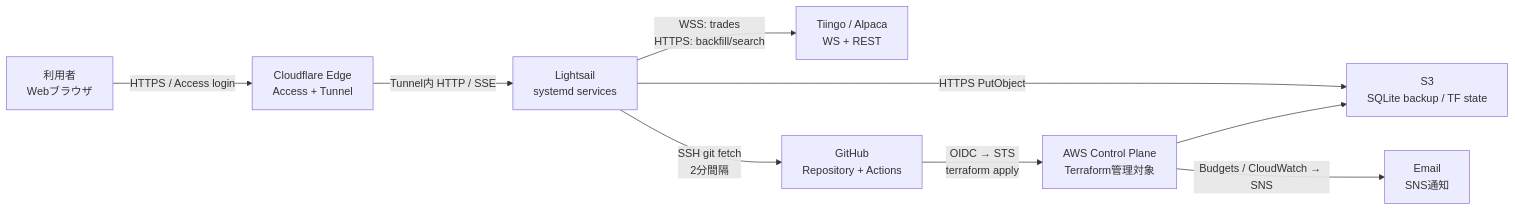
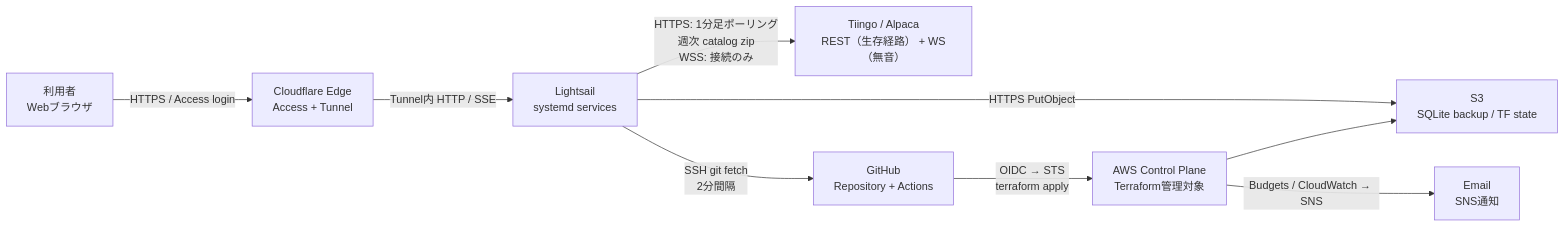
Before and after one commit to makechair/spelling-inconsistencies: the third of 13 diagrams in docs/system-architecture.md, drawn with Mermaid. The commit also changed other lines of this file and 1 other file, not shown here.

````diff
--- a/docs/system-architecture.md
+++ b/docs/system-architecture.md
@@ -73,20 +202,20 @@
 ```mermaid
 flowchart LR
     U["利用者<br/>Webブラウザ"]
     CF["Cloudflare Edge<br/>Access + Tunnel"]
     APP["Lightsail<br/>systemd services"]
-    DATA["Tiingo / Alpaca<br/>WS + REST"]
+    DATA["Tiingo / Alpaca<br/>REST（生存経路） + WS（無音）"]
     GH["GitHub<br/>Repository + Actions"]
     AWS["AWS Control Plane<br/>Terraform管理対象"]
     S3["S3<br/>SQLite backup / TF state"]
     MAIL["Email<br/>SNS通知"]
 
     U -->|"HTTPS / Access login"| CF
     CF -->|"Tunnel内 HTTP / SSE"| APP
-    APP -->|"WSS: trades<br/>HTTPS: backfill/search"| DATA
+    APP -->|"HTTPS: 1分足ポーリング<br/>週次 catalog zip<br/>WSS: 接続のみ"| DATA
     APP -->|"SSH git fetch<br/>2分間隔"| GH
     GH -->|"OIDC → STS<br/>terraform apply"| AWS
     APP -->|"HTTPS PutObject"| S3
     AWS --> S3
     AWS -->|"Budgets / CloudWatch → SNS"| MAIL
 ```
````
